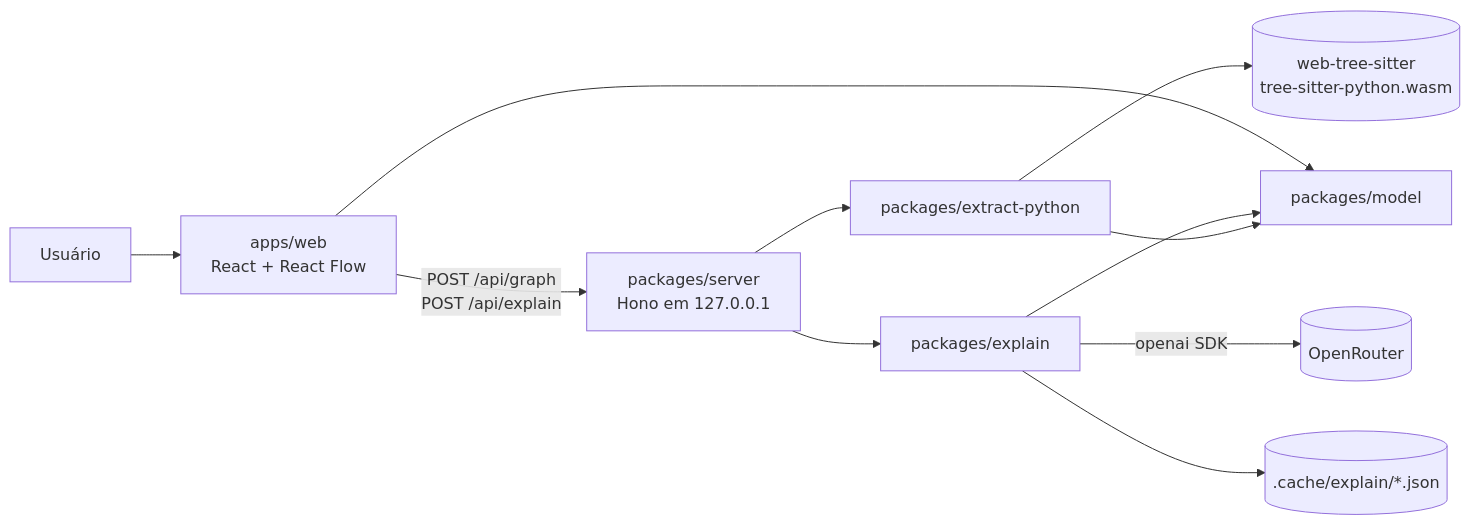
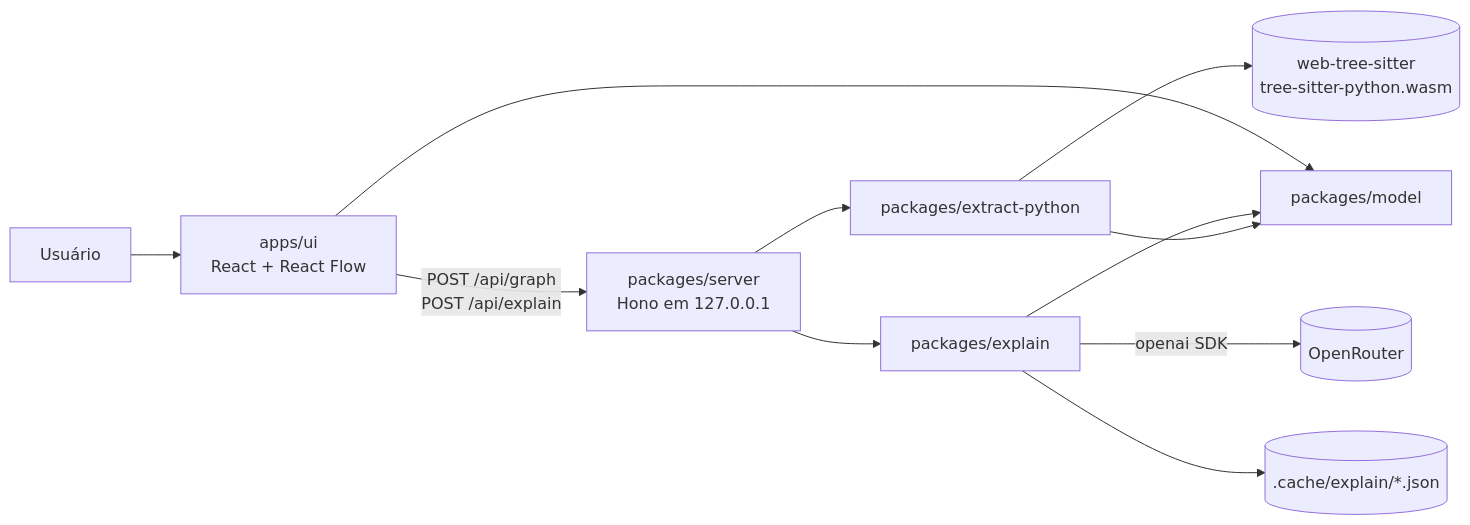
One commit to Ferreira-Jefferson/8n8 changed the first of 2 diagrams in .specs/features/01-fatia-central/design.md. Above: the diagram before and after it, drawn with Mermaid. The commit also changed other lines of this file and 116 other files, not shown here.

First line of the commit message:
refactor: rename apps/web to apps/ui, fix the README sentence its test reads

````diff
--- a/.specs/features/01-fatia-central/design.md
+++ b/.specs/features/01-fatia-central/design.md
@@ -27,13 +27,13 @@
 ```mermaid
 graph LR
-    U[Usuário] --> W[apps/web<br/>React + React Flow]
+    U[Usuário] --> W[apps/ui<br/>React + React Flow]
     W -- "POST /api/graph<br/>POST /api/explain" --> S[packages/server<br/>Hono em 127.0.0.1]
     S --> X[packages/extract-python]
     S --> E[packages/explain]
     X --> M[packages/model]
     E --> M
     W --> M
     X --> T[(web-tree-sitter<br/>tree-sitter-python.wasm)]
     E -- "openai SDK" --> OR[(OpenRouter)]
     E --> C[(.cache/explain/*.json)]
 ```
````
